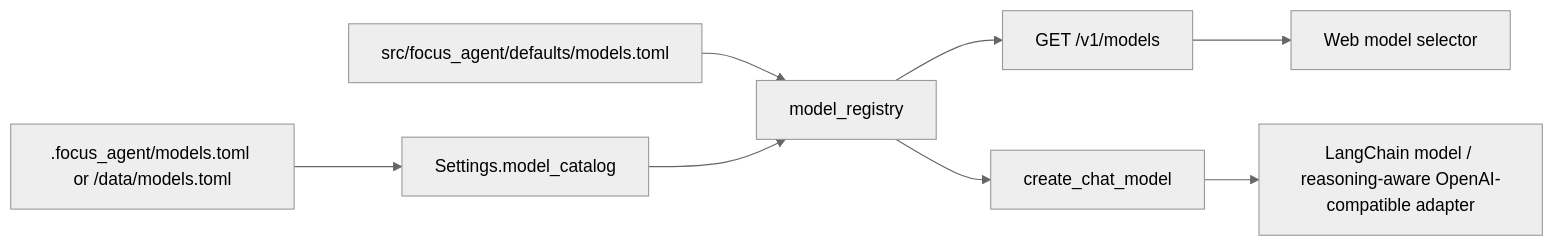
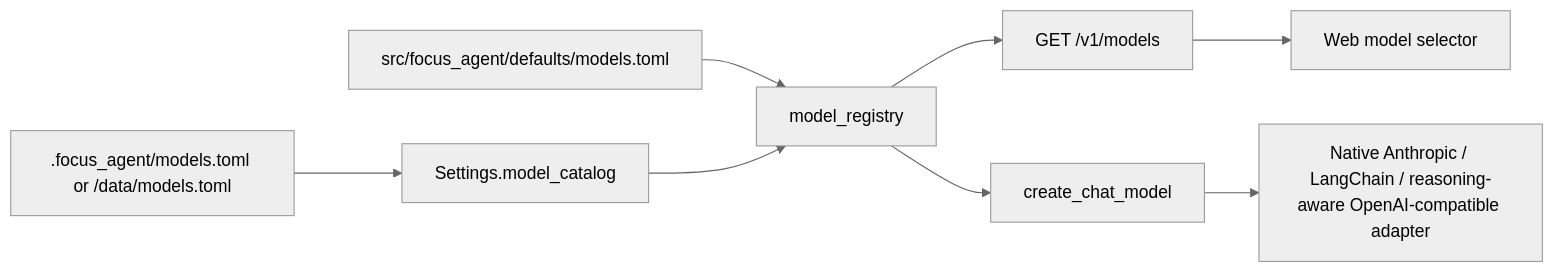
Before and after one commit to William-zgx/focus-agent: the third of 10 diagrams in docs/architecture.md, drawn with Mermaid (neutral theme). The commit also changed other lines of this file and 8 other files, not shown here.

````diff
--- a/docs/architecture.md
+++ b/docs/architecture.md
@@ -244,10 +244,10 @@
 ```mermaid
 flowchart LR
     Builtin["src/focus_agent/defaults/models.toml"] --> Registry["model_registry"]
     Local[".focus_agent/models.toml or /data/models.toml"] --> Settings["Settings.model_catalog"]
     Settings --> Registry
     Registry --> API["GET /v1/models"]
     Registry --> Factory["create_chat_model"]
     API --> Web["Web model selector"]
-    Factory --> Adapter["LangChain model / reasoning-aware OpenAI-compatible adapter"]
+    Factory --> Adapter["Native Anthropic / LangChain / reasoning-aware OpenAI-compatible adapter"]
 ```
````
